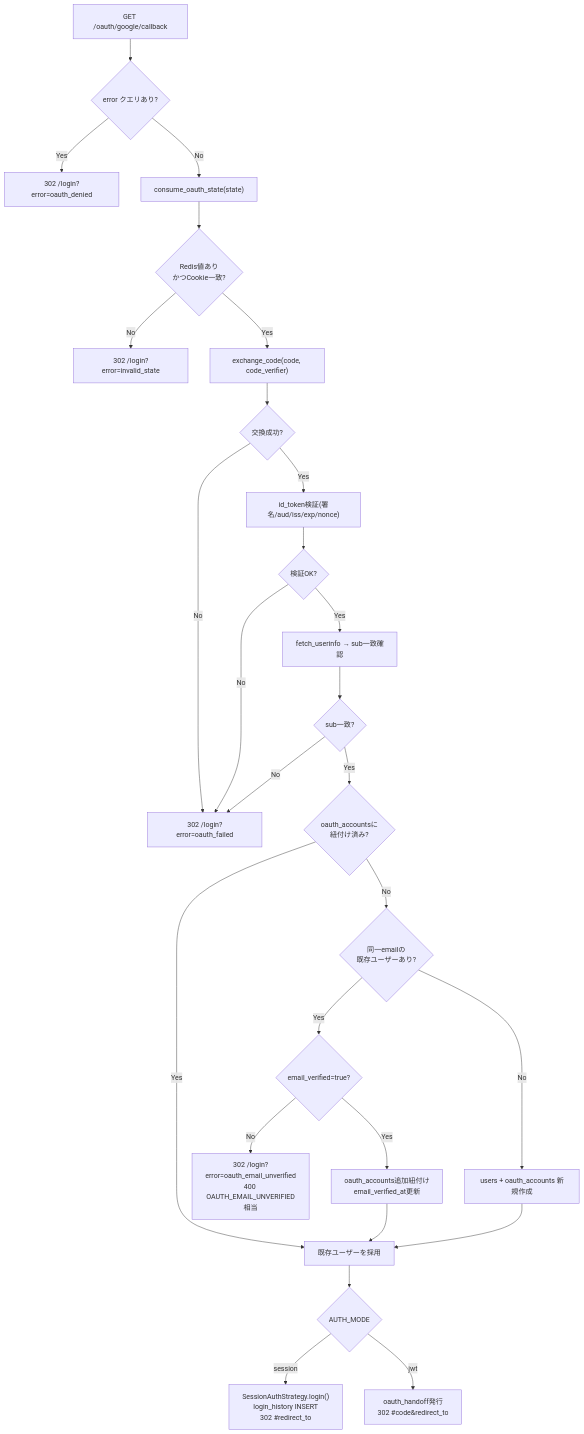
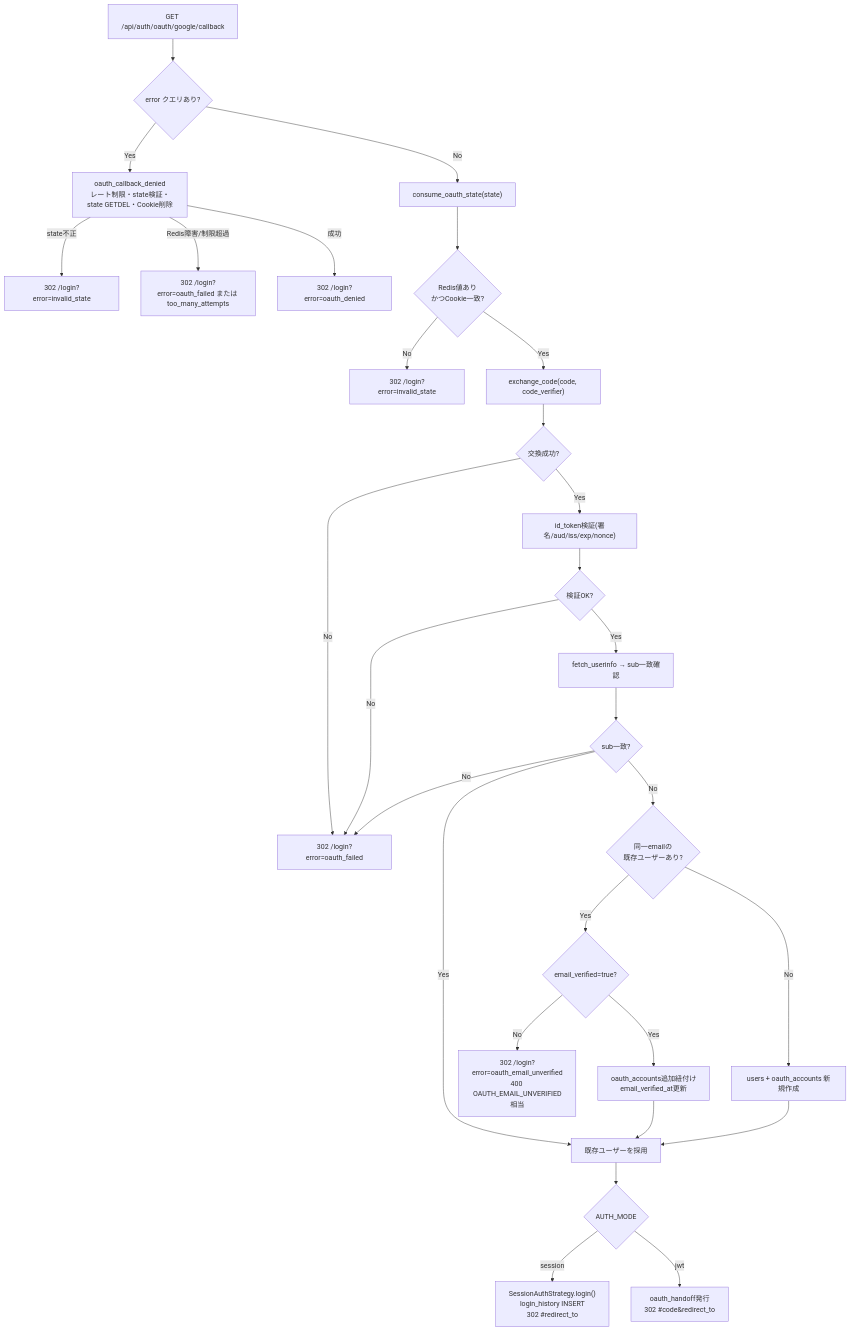
Before and after one commit to oikawa-d/task_management: the second of 4 diagrams in docs/detailed_design/api/auth/12_get_auth_oauth_google_callback.md, drawn with Mermaid. The commit also changed other lines of this file and 8 other files, not shown here.

````diff
--- a/docs/detailed_design/api/auth/12_get_auth_oauth_google_callback.md
+++ b/docs/detailed_design/api/auth/12_get_auth_oauth_google_callback.md
@@ -193,29 +204,31 @@
 ```mermaid
 flowchart TB
-    A["GET /oauth/google/callback"] --> B{"error クエリあり?"}
-    B -->|Yes| Z1["302 /login?error=oauth_denied"]
-    B -->|No| C["consume_oauth_state(state)"]
-    C --> D{"Redis値あり<br/>かつCookie一致?"}
-    D -->|No| Z2["302 /login?error=invalid_state"]
-    D -->|Yes| E["exchange_code(code, code_verifier)"]
-    E --> F{"交換成功?"}
-    F -->|No| Z3["302 /login?error=oauth_failed"]
-    F -->|Yes| G["id_token検証(署名/aud/iss/exp/nonce)"]
-    G --> H{"検証OK?"}
-    H -->|No| Z3
-    H -->|Yes| I["fetch_userinfo → sub一致確認"]
-    I --> J{"sub一致?"}
-    J -->|No| Z3
-    J -->|Yes| K{"oauth_accountsに<br/>紐付け済み?"}
+    A["GET /api/auth/oauth/google/callback"] --> B{"error クエリあり?"}
+    B -->|Yes| C["oauth_callback_denied<br/>レート制限・state検証・state GETDEL・Cookie削除"]
+    C -->|state不正| Z1["302 /login?error=invalid_state"]
+    C -->|Redis障害/制限超過| Z2["302 /login?error=oauth_failed または too_many_attempts"]
+    C -->|成功| ZD["302 /login?error=oauth_denied"]
+    B -->|No| D["consume_oauth_state(state)"]
+    D --> E{"Redis値あり<br/>かつCookie一致?"}
+    E -->|No| Z3["302 /login?error=invalid_state"]
+    E -->|Yes| F["exchange_code(code, code_verifier)"]
+    F --> G{"交換成功?"}
+    G -->|No| Z4["302 /login?error=oauth_failed"]
+    G -->|Yes| H["id_token検証(署名/aud/iss/exp/nonce)"]
+    H --> I{"検証OK?"}
+    I -->|No| Z4
+    I -->|Yes| J["fetch_userinfo → sub一致確認"]
+    J --> K{"sub一致?"}
+    K -->|No| Z4
     K -->|Yes| P["既存ユーザーを採用"]
     K -->|No| L{"同一emailの<br/>既存ユーザーあり?"}
     L -->|Yes| M{"email_verified=true?"}
-    M -->|No| Z4["302 /login?error=oauth_email_unverified<br/>400 OAUTH_EMAIL_UNVERIFIED相当"]
+    M -->|No| Z5["302 /login?error=oauth_email_unverified<br/>400 OAUTH_EMAIL_UNVERIFIED相当"]
     M -->|Yes| N["oauth_accounts追加紐付け<br/>email_verified_at更新"]
     L -->|No| O["users + oauth_accounts 新規作成"]
     N --> P
     O --> P
     P --> Q{"AUTH_MODE"}
     Q -->|session| R1["SessionAuthStrategy.login()<br/>login_history INSERT<br/>302 #redirect_to"]
     Q -->|jwt| R2["oauth_handoff発行<br/>302 #code&redirect_to"]
 ```
````
